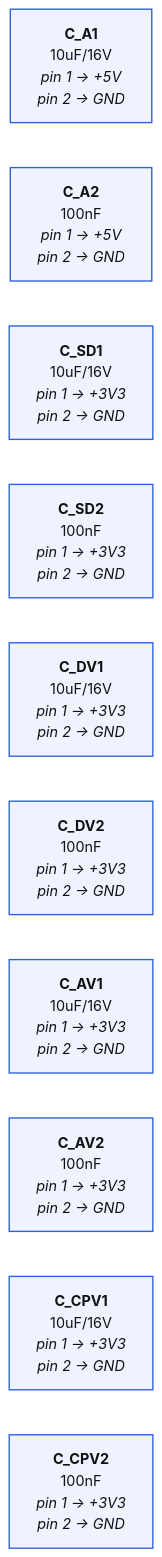
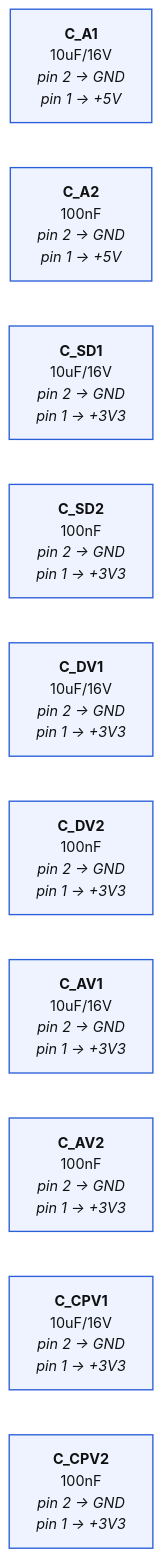
The fourth of 4 diagrams in hardware/pro/sheets/04-audio.diagram.md (mrwillson2u/propmesh), drawn with Mermaid (forest theme) before and after one commit. The commit also changed other lines of this file and 59 other files, not shown here.

````diff
--- a/hardware/pro/sheets/04-audio.diagram.md
+++ b/hardware/pro/sheets/04-audio.diagram.md
@@ -171,20 +181,20 @@
 ```mermaid
 graph LR
   classDef part fill:#eef3ff,stroke:#2b5fd9,stroke-width:1.5px,color:#111
   classDef net fill:#fff8e1,stroke:#b7791f,color:#111
   classDef rail fill:#ffe0b2,stroke:#e65100,stroke-width:3px,color:#111,font-weight:bold
   classDef badnet fill:#ffe0e0,stroke:#c00,stroke-width:3px,color:#111,font-weight:bold
   classDef absent fill:#fff,stroke:#c00,stroke-width:2px,stroke-dasharray:6 4,color:#c00
   classDef extra fill:#ffecec,stroke:#c00,stroke-width:2px,color:#111
   classDef dnp fill:#f5f5f5,stroke:#999,stroke-dasharray:3 3,color:#666
-  P_C_A1["<b>C_A1</b><br/>10uF/16V<br/><i>pin 1 → +5V</i><br/><i>pin 2 → GND</i>"]:::part
-  P_C_A2["<b>C_A2</b><br/>100nF<br/><i>pin 1 → +5V</i><br/><i>pin 2 → GND</i>"]:::part
-  P_C_SD1["<b>C_SD1</b><br/>10uF/16V<br/><i>pin 1 → +3V3</i><br/><i>pin 2 → GND</i>"]:::part
-  P_C_SD2["<b>C_SD2</b><br/>100nF<br/><i>pin 1 → +3V3</i><br/><i>pin 2 → GND</i>"]:::part
-  P_C_DV1["<b>C_DV1</b><br/>10uF/16V<br/><i>pin 1 → +3V3</i><br/><i>pin 2 → GND</i>"]:::part
-  P_C_DV2["<b>C_DV2</b><br/>100nF<br/><i>pin 1 → +3V3</i><br/><i>pin 2 → GND</i>"]:::part
-  P_C_AV1["<b>C_AV1</b><br/>10uF/16V<br/><i>pin 1 → +3V3</i><br/><i>pin 2 → GND</i>"]:::part
-  P_C_AV2["<b>C_AV2</b><br/>100nF<br/><i>pin 1 → +3V3</i><br/><i>pin 2 → GND</i>"]:::part
-  P_C_CPV1["<b>C_CPV1</b><br/>10uF/16V<br/><i>pin 1 → +3V3</i><br/><i>pin 2 → GND</i>"]:::part
-  P_C_CPV2["<b>C_CPV2</b><br/>100nF<br/><i>pin 1 → +3V3</i><br/><i>pin 2 → GND</i>"]:::part
+  P_C_A1["<b>C_A1</b><br/>10uF/16V<br/><i>pin 2 → GND</i><br/><i>pin 1 → +5V</i>"]:::part
+  P_C_A2["<b>C_A2</b><br/>100nF<br/><i>pin 2 → GND</i><br/><i>pin 1 → +5V</i>"]:::part
+  P_C_SD1["<b>C_SD1</b><br/>10uF/16V<br/><i>pin 2 → GND</i><br/><i>pin 1 → +3V3</i>"]:::part
+  P_C_SD2["<b>C_SD2</b><br/>100nF<br/><i>pin 2 → GND</i><br/><i>pin 1 → +3V3</i>"]:::part
+  P_C_DV1["<b>C_DV1</b><br/>10uF/16V<br/><i>pin 2 → GND</i><br/><i>pin 1 → +3V3</i>"]:::part
+  P_C_DV2["<b>C_DV2</b><br/>100nF<br/><i>pin 2 → GND</i><br/><i>pin 1 → +3V3</i>"]:::part
+  P_C_AV1["<b>C_AV1</b><br/>10uF/16V<br/><i>pin 2 → GND</i><br/><i>pin 1 → +3V3</i>"]:::part
+  P_C_AV2["<b>C_AV2</b><br/>100nF<br/><i>pin 2 → GND</i><br/><i>pin 1 → +3V3</i>"]:::part
+  P_C_CPV1["<b>C_CPV1</b><br/>10uF/16V<br/><i>pin 2 → GND</i><br/><i>pin 1 → +3V3</i>"]:::part
+  P_C_CPV2["<b>C_CPV2</b><br/>100nF<br/><i>pin 2 → GND</i><br/><i>pin 1 → +3V3</i>"]:::part
 ```
````
